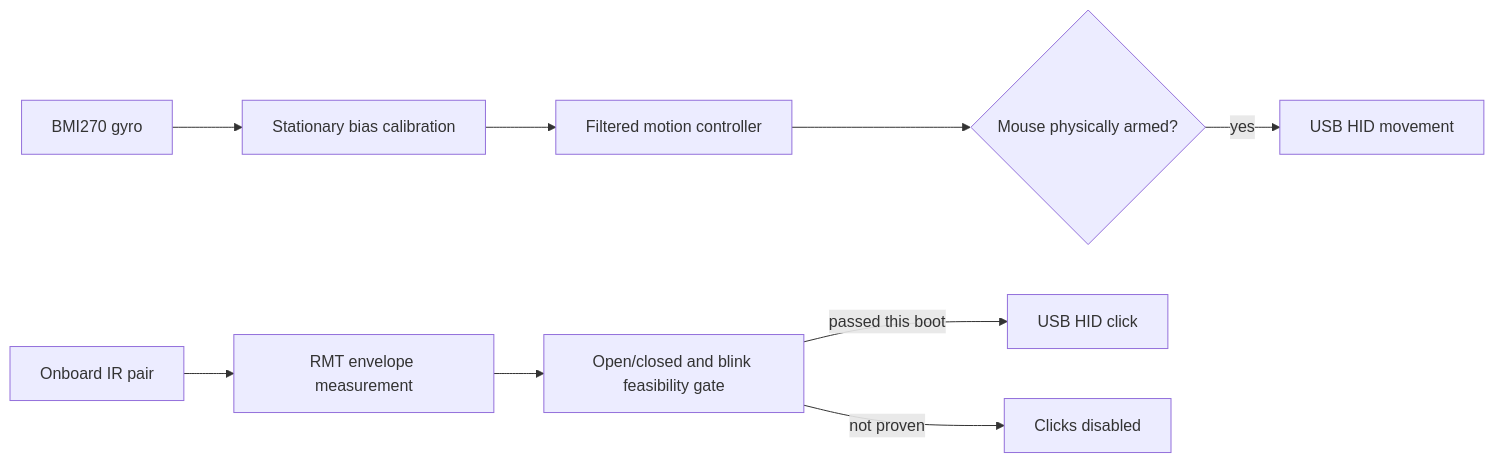
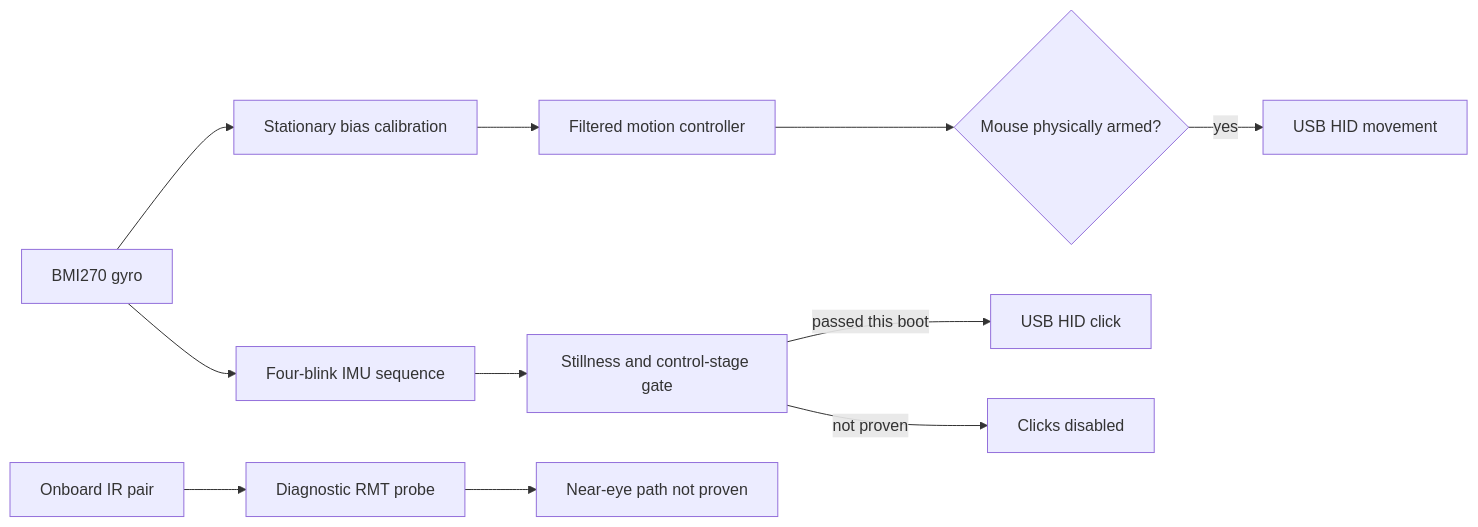
One commit to fcavalcantirj/Colibrino changed the diagram in README.md. Above: the diagram before and after it, drawn with Mermaid. The commit also changed other lines of this file and 11 other files, not shown here.

Commit message:
Validate StickS3 hardware and gate IMU blink input

````diff
--- a/README.md
+++ b/README.md
@@ -40,11 +49,13 @@
 ```mermaid
 flowchart LR
     BMI270[BMI270 gyro] --> Cal[Stationary bias calibration]
     Cal --> Motion[Filtered motion controller]
     Motion --> Lock{Mouse physically armed?}
     Lock -->|yes| HID[USB HID movement]
-    IR[Onboard IR pair] --> RMT[RMT envelope measurement]
-    RMT --> Gate[Open/closed and blink feasibility gate]
-    Gate -->|passed this boot| Click[USB HID click]
-    Gate -->|not proven| Disabled[Clicks disabled]
+    BMI270 --> Gesture[Four-blink IMU sequence]
+    Gesture --> Safety[Stillness and control-stage gate]
+    Safety -->|passed this boot| Click[USB HID click]
+    Safety -->|not proven| Disabled[Clicks disabled]
+    IR[Onboard IR pair] --> RMT[Diagnostic RMT probe]
+    RMT --> Rejected[Near-eye path not proven]
 ```
````
